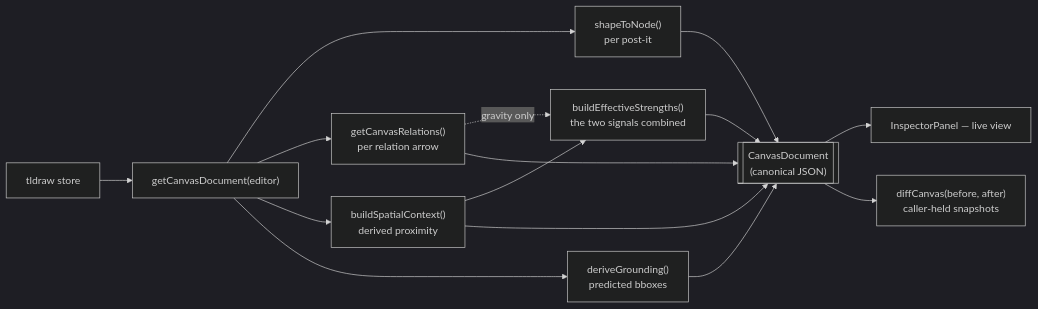
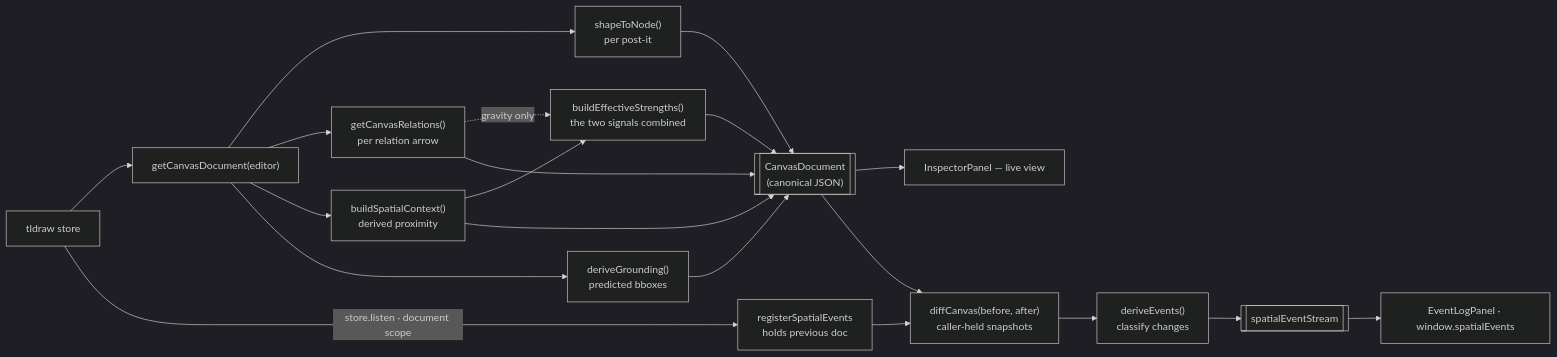
Before and after one commit to merdemkoc/llm-spatial-context: the second of 3 diagrams in CODEMAP.md, drawn with Mermaid (dark theme). The commit also changed other lines of this file and 17 other files, not shown here.

````diff
--- a/CODEMAP.md
+++ b/CODEMAP.md
@@ -67,17 +70,22 @@
 ```mermaid
 flowchart LR
     store[tldraw store] --> gcd["getCanvasDocument(editor)"]
     gcd --> stn["shapeToNode()<br/>per post-it"]
     gcd --> gcr["getCanvasRelations()<br/>per relation arrow"]
     gcd --> bsc["buildSpatialContext()<br/>derived proximity"]
     gcd --> dg["deriveGrounding()<br/>predicted bboxes"]
     bsc --> bes["buildEffectiveStrengths()<br/>the two signals combined"]
     gcr -.->|"gravity only"| bes
     stn --> doc[["CanvasDocument<br/>(canonical JSON)"]]
     gcr --> doc
     bsc --> doc
     bes --> doc
     dg --> doc
     doc --> insp[InspectorPanel — live view]
     doc --> diff["diffCanvas(before, after)<br/>caller-held snapshots"]
+    store -->|"store.listen · document scope"| rse["registerSpatialEvents<br/>holds previous doc"]
+    rse --> diff
+    diff --> de["deriveEvents()<br/>classify changes"]
+    de --> es[["spatialEventStream"]]
+    es --> elp["EventLogPanel · window.spatialEvents"]
 ```
````
